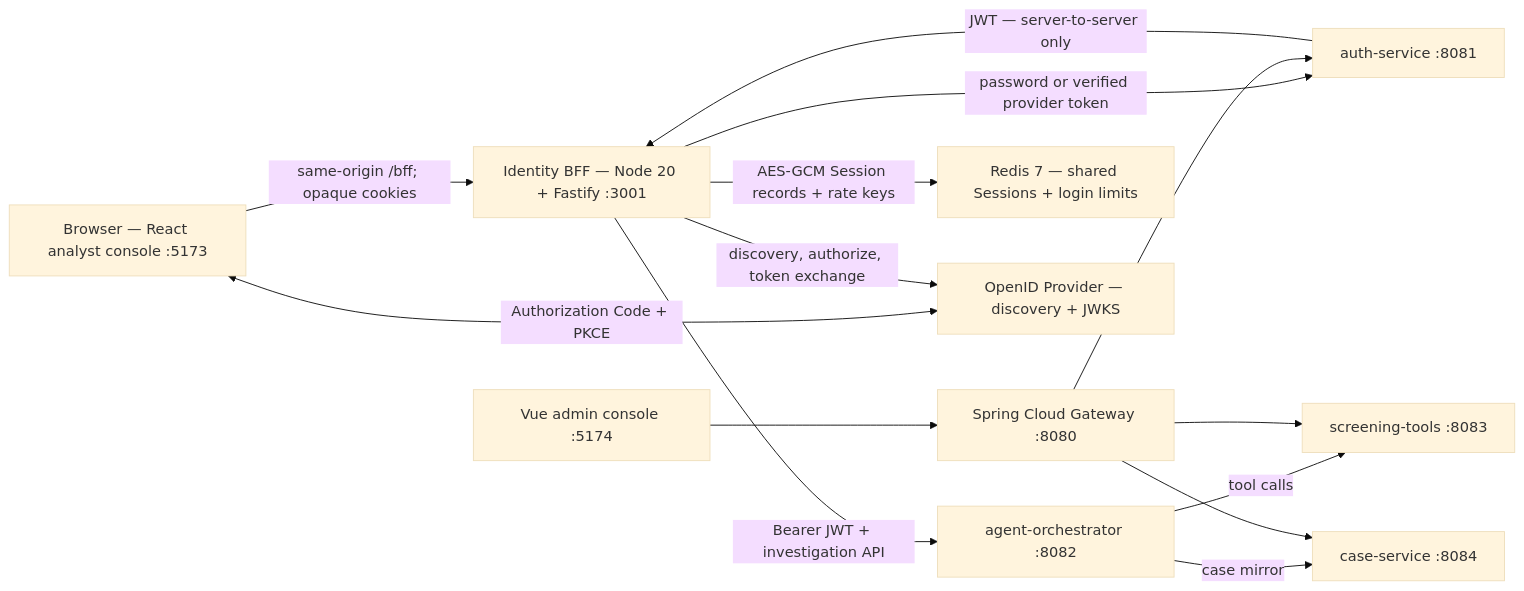
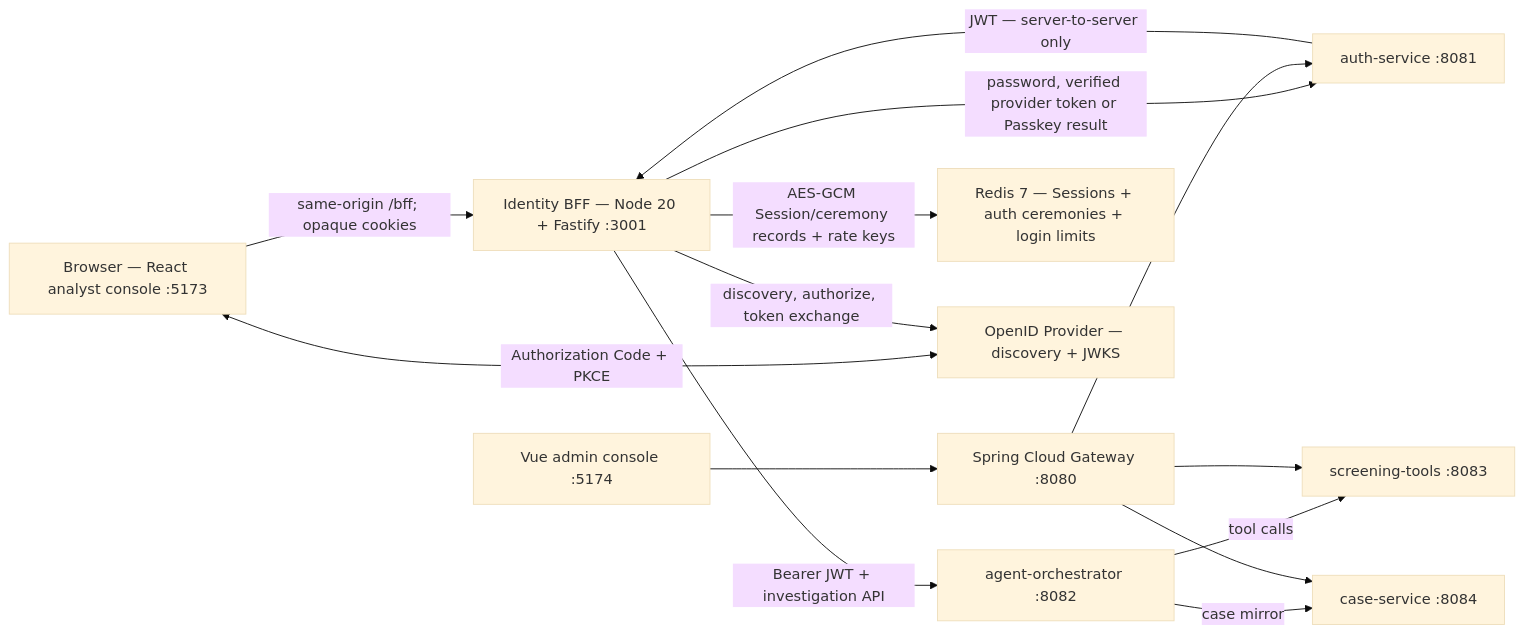
Before and after one commit to Redchar1992/Argus: the first of 5 diagrams in docs/architecture.md, drawn with Mermaid (base theme). The commit also changed other lines of this file and 41 other files, not shown here.

First line of the commit message:
feat(auth): add passkey authentication

````diff
--- a/docs/architecture.md
+++ b/docs/architecture.md
@@ -8,27 +8,27 @@
 ```mermaid
 flowchart LR
     Browser["Browser — React analyst console :5173"]
     BFF["Identity BFF — Node 20 + Fastify :3001"]
     Auth["auth-service :8081"]
     Agent["agent-orchestrator :8082"]
     Tools["screening-tools :8083"]
     Cases["case-service :8084"]
     Admin["Vue admin console :5174"]
     Gateway["Spring Cloud Gateway :8080"]
-    Redis["Redis 7 — shared Sessions + login limits"]
+    Redis["Redis 7 — Sessions + auth ceremonies + login limits"]
     IdP["OpenID Provider — discovery + JWKS"]
 
     Browser -->|"same-origin /bff; opaque cookies"| BFF
-    BFF -->|"password or verified provider token"| Auth
+    BFF -->|"password, verified provider token or Passkey result"| Auth
     Browser <-->|"Authorization Code + PKCE"| IdP
     BFF -->|"discovery, authorize, token exchange"| IdP
     Auth -->|"JWT — server-to-server only"| BFF
     BFF -->|"Bearer JWT + investigation API"| Agent
-    BFF -->|"AES-GCM Session records + rate keys"| Redis
+    BFF -->|"AES-GCM Session/ceremony records + rate keys"| Redis
     Agent -->|"tool calls"| Tools
     Agent -->|"case mirror"| Cases
     Admin --> Gateway
     Gateway --> Auth
     Gateway --> Tools
     Gateway --> Cases
 ```
````
